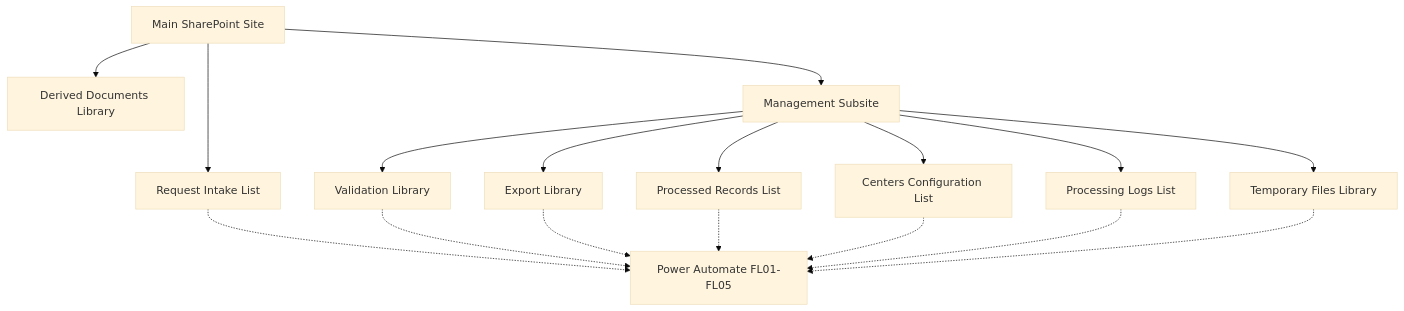
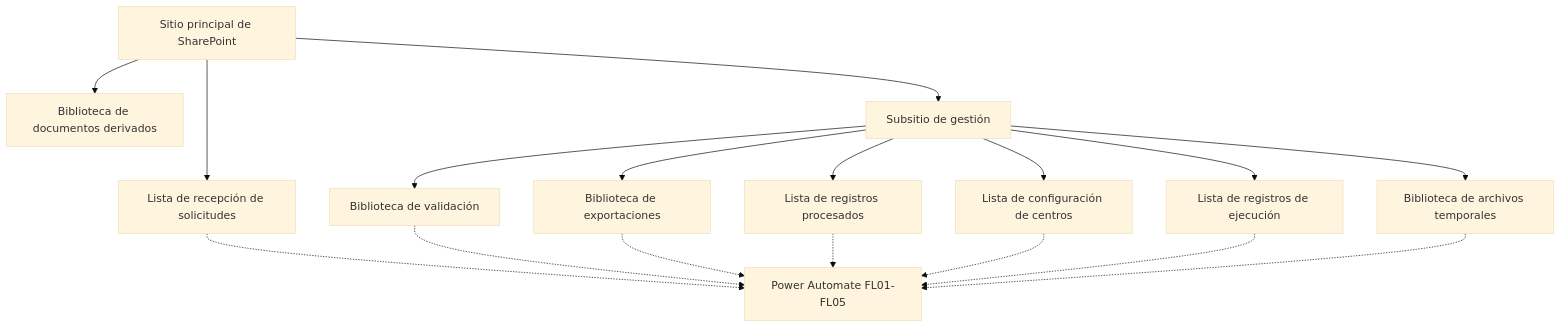
One commit to smartinmunoz/power-platform-portfolio-es changed the diagram in Power-Automate/SharePoint-Excel-Automation/Sharepoint/README.md. Above: the diagram before and after it, drawn with Mermaid (base theme). The commit also changed other lines of this file, not shown here.

First line of the commit message:
docs: translate SharePoint architecture README to Spanish

````diff
--- a/Power-Automate/SharePoint-Excel-Automation/Sharepoint/README.md
+++ b/Power-Automate/SharePoint-Excel-Automation/Sharepoint/README.md
@@ -36,32 +35,32 @@
 ```mermaid
 flowchart TD
-    A[Main SharePoint Site]
-    B[Request Intake List]
-    C[Derived Documents Library]
-    D[Management Subsite]
-    E[Validation Library]
-    F[Export Library]
-    G[Processed Records List]
-    H[Centers Configuration List]
-    I[Processing Logs List]
-    J[Power Automate FL01-FL05]
-    K[Temporary Files Library]
+    A["Sitio principal de SharePoint"]
+    B["Lista de recepción de solicitudes"]
+    C["Biblioteca de documentos derivados"]
+    D["Subsitio de gestión"]
+    E["Biblioteca de validación"]
+    F["Biblioteca de exportaciones"]
+    G["Lista de registros procesados"]
+    H["Lista de configuración de centros"]
+    I["Lista de registros de ejecución"]
+    J["Power Automate FL01-FL05"]
+    K["Biblioteca de archivos temporales"]
     A --> B
     A --> C
     A --> D
 
     D --> E
     D --> F
     D --> G
     D --> H
     D --> I
     D --> K
 
     B -.-> J
     E -.-> J
     F -.-> J
     G -.-> J
     H -.-> J
     I -.-> J
     K -.-> J
 ```
````
